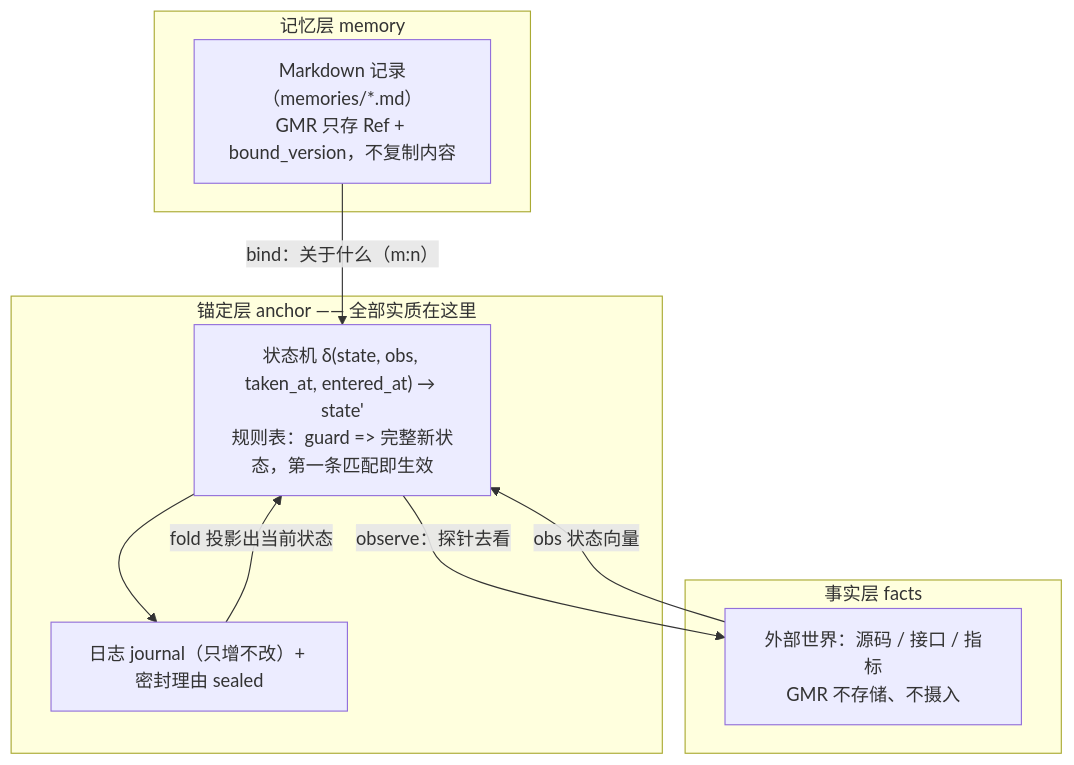
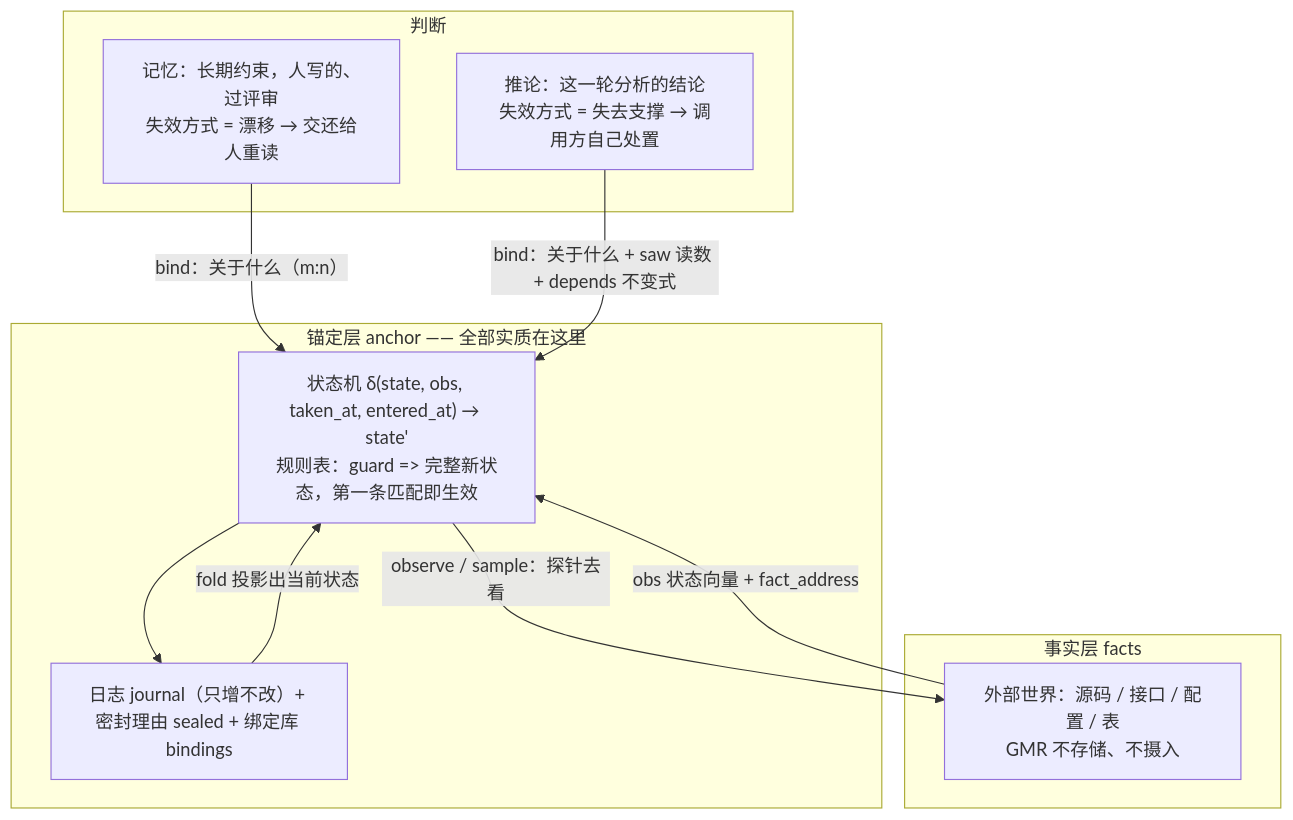
One commit to Anchorstate-Lab/GMR changed the first of 4 diagrams in docs/architect.md. Above: the diagram before and after it, drawn with Mermaid. The commit also changed other lines of this file and 3 other files, not shown here.

````diff
--- a/docs/architect.md
+++ b/docs/architect.md
@@ -13,18 +15,20 @@
 ```mermaid
 flowchart TB
-    subgraph M["记忆层 memory"]
-      note["Markdown 记录（memories/*.md）<br/>GMR 只存 Ref + bound_version，不复制内容"]
+    subgraph J["判断"]
+      note["记忆：长期约束，人写的、过评审<br/>失效方式 = 漂移 → 交还给人重读"]
+      said["推论：这一轮分析的结论<br/>失效方式 = 失去支撑 → 调用方自己处置"]
     end
     subgraph A["锚定层 anchor —— 全部实质在这里"]
       sm["状态机 δ(state, obs, taken_at, entered_at) → state'<br/>规则表：guard =&gt; 完整新状态，第一条匹配即生效"]
-      jr["日志 journal（只增不改）+ 密封理由 sealed"]
+      jr["日志 journal（只增不改）+ 密封理由 sealed + 绑定库 bindings"]
     end
     subgraph F["事实层 facts"]
-      world["外部世界：源码 / 接口 / 指标<br/>GMR 不存储、不摄入"]
+      world["外部世界：源码 / 接口 / 配置 / 表<br/>GMR 不存储、不摄入"]
     end
     note -- "bind：关于什么（m:n）" --> sm
-    sm -- "observe：探针去看" --> world
-    world -- "obs 状态向量" --> sm
+    said -- "bind：关于什么 + saw 读数 + depends 不变式" --> sm
+    sm -- "observe / sample：探针去看" --> world
+    world -- "obs 状态向量 + fact_address" --> sm
     sm --> jr
     jr -- "fold 投影出当前状态" --> sm
 ```
````
